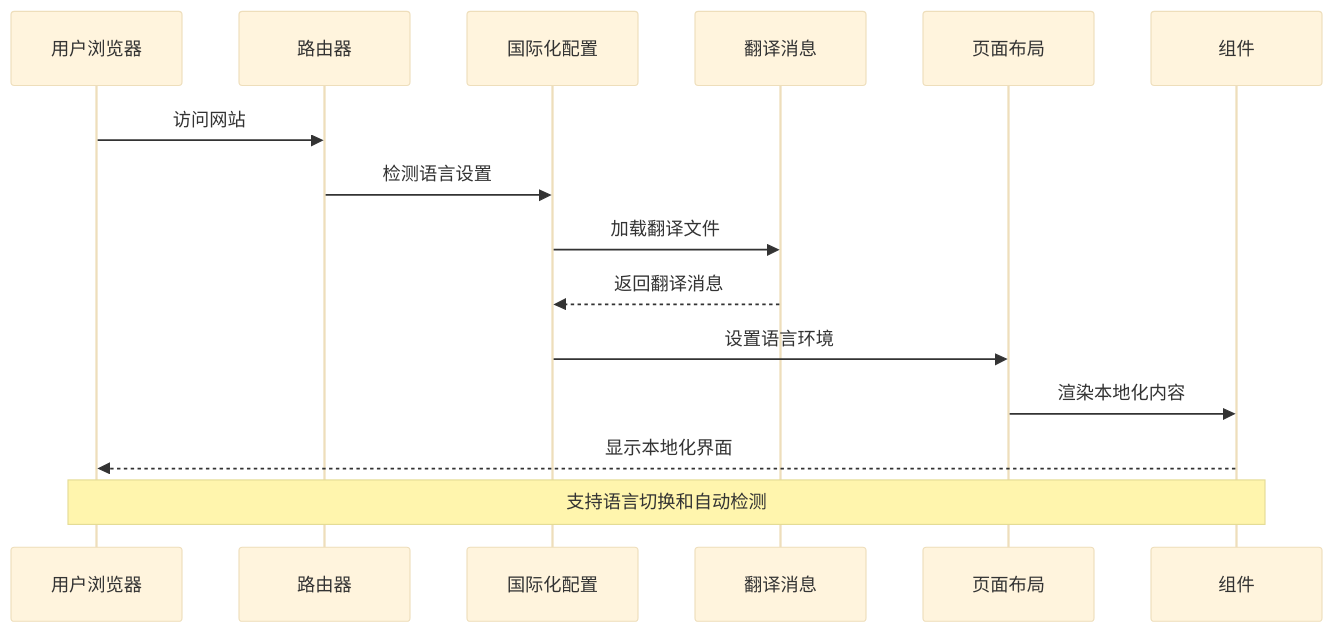
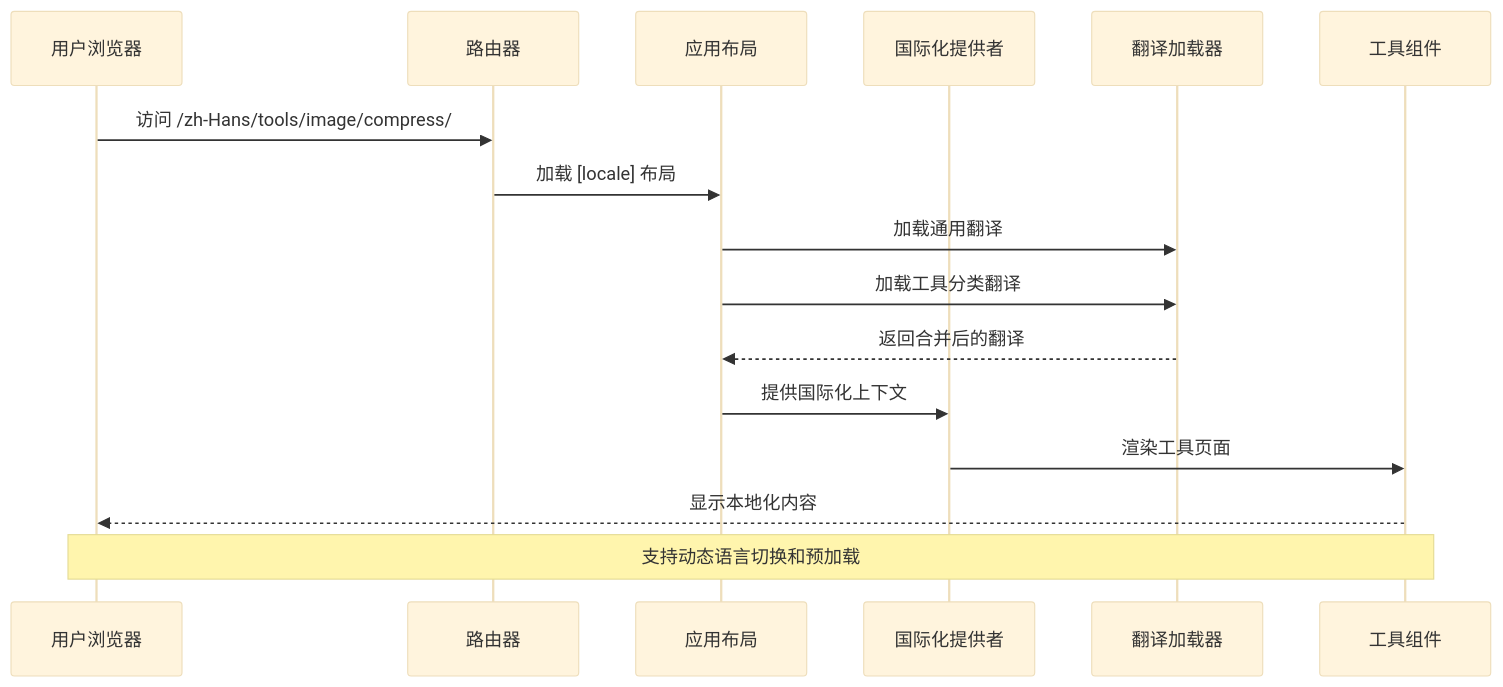
One commit to sgyy/privadeck changed the fourth of 9 diagrams in .qoder/repowiki/zh/content/技术架构/国际化系统.md. Above: the diagram before and after it, drawn with Mermaid (base theme). The commit also changed other lines of this file and 6 other files, not shown here.

````diff
--- a/.qoder/repowiki/zh/content/技术架构/国际化系统.md
+++ b/.qoder/repowiki/zh/content/技术架构/国际化系统.md
@@ -225,17 +189,18 @@
 ```mermaid
 sequenceDiagram
 participant User as 用户浏览器
 participant Router as 路由器
-participant Config as 国际化配置
-participant Messages as 翻译消息
-participant Layout as 页面布局
-participant Component as 组件
-User->>Router : 访问网站
-Router->>Config : 检测语言设置
-Config->>Messages : 加载翻译文件
-Messages-->>Config : 返回翻译消息
-Config->>Layout : 设置语言环境
-Layout->>Component : 渲染本地化内容
-Component-->>User : 显示本地化界面
-Note over User,Component : 支持语言切换和自动检测
+participant Layout as 应用布局
+participant Provider as 国际化提供者
+participant Messages as 翻译加载器
+participant Tools as 工具组件
+User->>Router : 访问 /zh-Hans/tools/image/compress/
+Router->>Layout : 加载 [locale] 布局
+Layout->>Messages : 加载通用翻译
+Layout->>Messages : 加载工具分类翻译
+Messages-->>Layout : 返回合并后的翻译
+Layout->>Provider : 提供国际化上下文
+Provider->>Tools : 渲染工具页面
+Tools-->>User : 显示本地化内容
+Note over User,Tools : 支持动态语言切换和预加载
 ```
````
